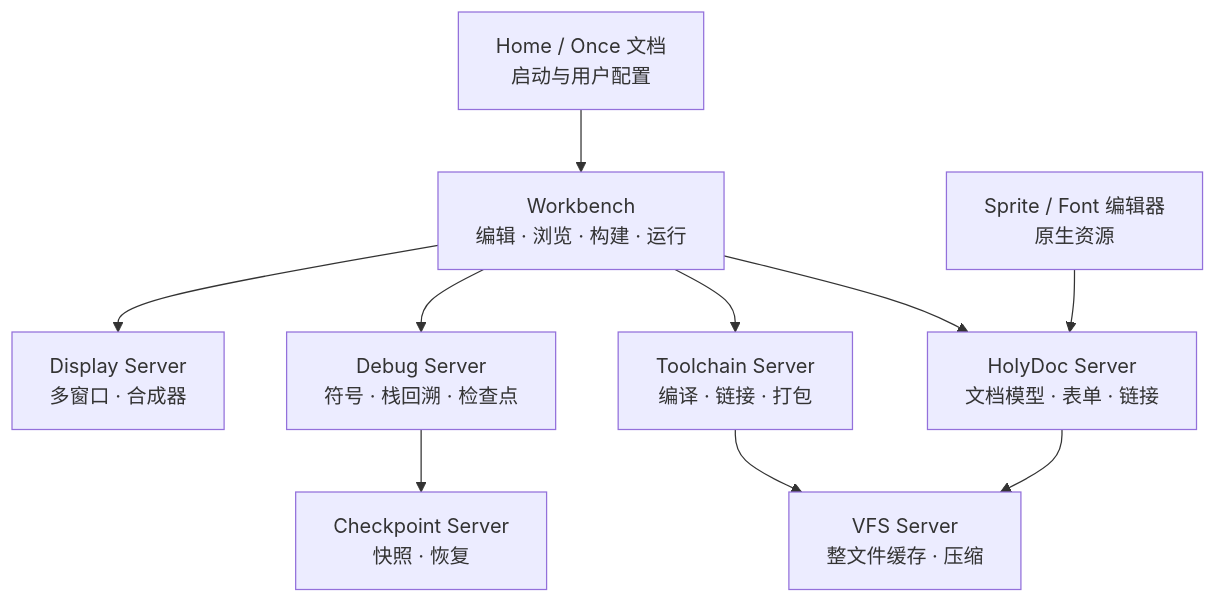
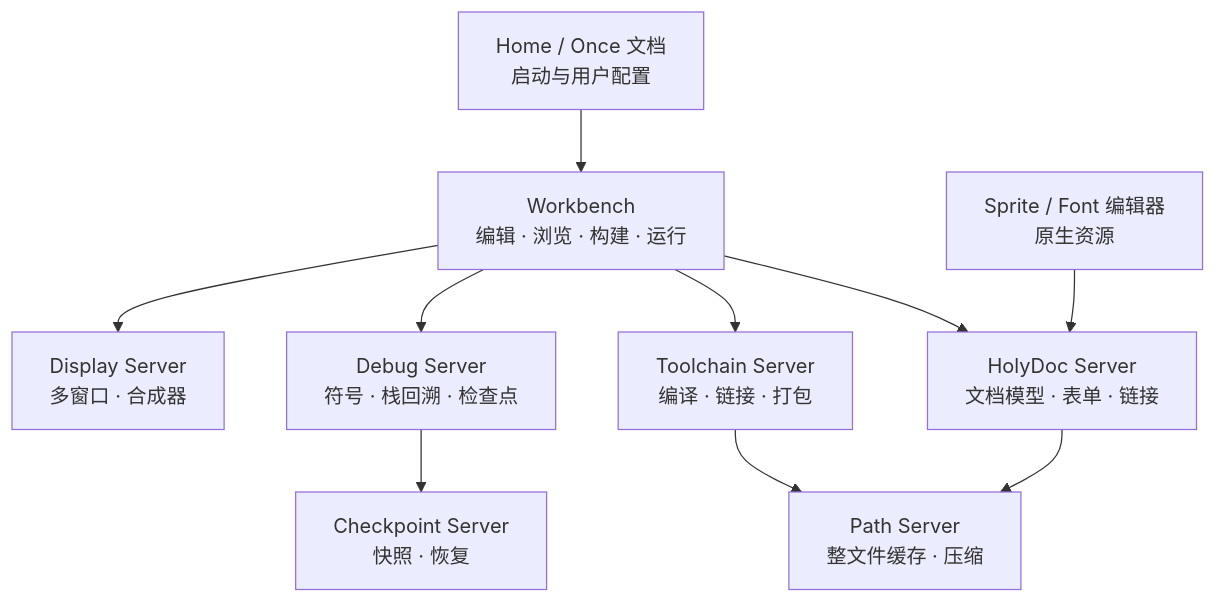
The first of 2 diagrams in docs/experience.md (hongweifei/HolyKernel), drawn with Mermaid before and after one commit. The commit also changed other lines of this file and 30 other files, not shown here.

First line of the commit message:
docs: 统一 Holy Cadence Model 与 VFS/Path 拆分

````diff
--- a/docs/experience.md
+++ b/docs/experience.md
@@ -28,22 +28,22 @@
 ```mermaid
 flowchart TB
     Workbench["Workbench<br/>编辑 · 浏览 · 构建 · 运行"]
     HolyDoc["HolyDoc Server<br/>文档模型 · 表单 · 链接"]
     Toolchain["Toolchain Server<br/>编译 · 链接 · 打包"]
     Debug["Debug Server<br/>符号 · 栈回溯 · 检查点"]
     Checkpoint["Checkpoint Server<br/>快照 · 恢复"]
     Home["Home / Once 文档<br/>启动与用户配置"]
     Assets["Sprite / Font 编辑器<br/>原生资源"]
     Display["Display Server<br/>多窗口 · 合成器"]
-    VFS["VFS Server<br/>整文件缓存 · 压缩"]
+    VFS["Path Server<br/>整文件缓存 · 压缩"]
 
     Workbench --> HolyDoc
     Workbench --> Toolchain
     Workbench --> Debug
     Workbench --> Display
     HolyDoc --> VFS
     Toolchain --> VFS
     Debug --> Checkpoint
     Home --> Workbench
     Assets --> HolyDoc
 ```
````
